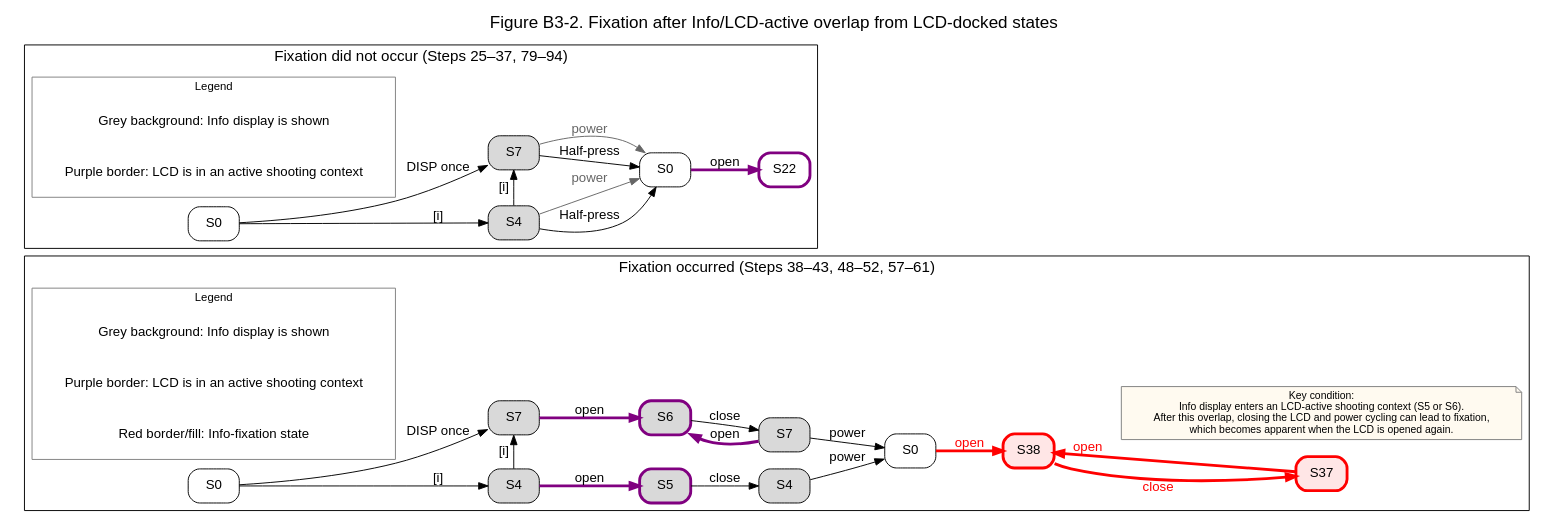
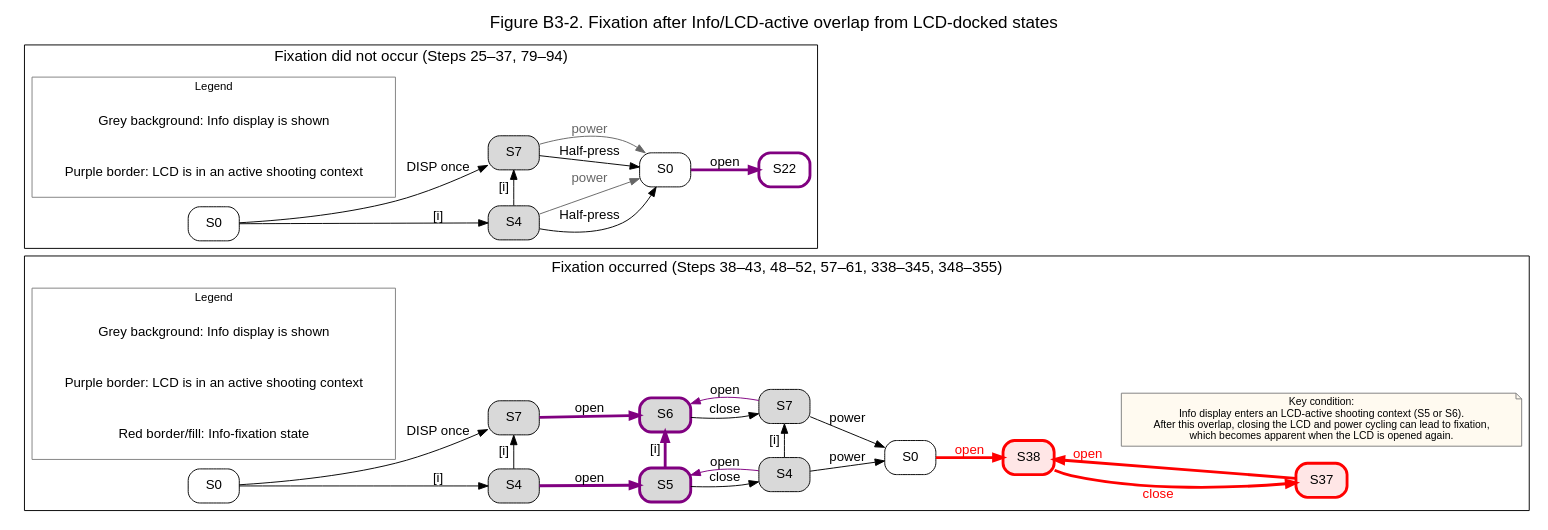
One commit to acta-lgtm/nikon-z-display5-persistence-case-zf changed the diagram in figures/Case_B3_Figure2.dot. Above: the diagram before and after it, drawn with Graphviz. The commit also changed 1 other file, not shown here.

```diff
--- a/figures/Case_B3_Figure2.dot
+++ b/figures/Case_B3_Figure2.dot
@@ -1,175 +1,178 @@
 digraph Case_B3_Figure2 {
   rankdir=LR;
   compound=true;
   newrank=true;
 
   graph [
     fontname="Helvetica",
     labelloc="t",
     fontsize=18,
     label="Figure B3-2. Fixation after Info/LCD-active overlap from LCD-docked states"
   ];
 
   node [
     shape=box,
     style="rounded,filled",
     fontname="Helvetica",
     fillcolor="white",
     color="black"
   ];
 
   edge [
     fontname="Helvetica"
   ];
   // --------------------------------------------------
   // Bottom: Fixation occurred
   // --------------------------------------------------
   subgraph cluster_bottom {
-    label="Fixation occurred (Steps 38–43, 48–52, 57–61)";
+    label="Fixation occurred (Steps 38–43, 48–52, 57–61, 338–345, 348–355)";
     fontsize=16;
     color="black";
 
     b_S0      [label="S0"];
     b_S4      [label="S4", fillcolor="#d9d9d9"];
     b_S7      [label="S7", fillcolor="#d9d9d9"];
 
     // Key overlap states: Info remains visible while LCD becomes shooting-active
     b_S5      [label="S5", color="purple", fillcolor="#d9d9d9", penwidth=3.0];
     b_S6      [label="S6", color="purple", fillcolor="#d9d9d9", penwidth=3.0];
 
     b_backS4  [label="S4", fillcolor="#d9d9d9"];
     b_backS7  [label="S7", fillcolor="#d9d9d9"];
     b_post0   [label="S0"];
 
     b_S38     [label="S38", color="red", fillcolor="#ffe6e6", penwidth=3.0];
     b_S37     [label="S37", color="red", fillcolor="#ffe6e6", penwidth=3.0];
 
     {rank=same; b_S4; b_S7;}
     {rank=same; b_S5; b_S6;}
     {rank=same; b_backS4; b_backS7;}
 
     // Route 1: [i] -> [i] -> open  => S6
     b_S0 -> b_S4 [label="[i]"];
     b_S4 -> b_S7 [label="[i]"];
     b_S7 -> b_S6 [label="open", color="purple", penwidth=3.0];
 
-    // Route 2: [i] -> open => S5
+    // Route 2: [i] -> open => S5 -> [i]  => S6
     b_S4 -> b_S5 [label="open", color="purple", penwidth=3.0];
+    b_S5 -> b_S6 [label="[i]", color="purple", penwidth=3.0];
 
     // Route 3: DISP once -> open => S6
     b_S0 -> b_S7 [label="DISP once"];
-    b_backS7 -> b_S6 [label="open", color="purple", penwidth=3.0];
+    b_backS7 -> b_S6 [label="open", color="purple"];
 
     // Close after the overlap states
     b_S5 -> b_backS4 [label="close"];
+    b_backS4 -> b_S5  [label="open", color="purple"];
     b_S6 -> b_backS7 [label="close"];
+    b_backS4 -> b_backS7  [label="[i]"];
 
     // Power cycle after the overlap condition
     b_backS4 -> b_post0 [label="power"];
     b_backS7 -> b_post0 [label="power"];
 
     // Fixation becomes visible when LCD is opened again
     b_post0 -> b_S38 [label="open", color="red", fontcolor="red", penwidth=3.0];
 
     // Fixed open/closed pair
     b_S38 -> b_S37 [xlabel="close", color="red", fontcolor="red", penwidth=3.0];
     b_S37 -> b_S38 [label="open", color="red", fontcolor="red", penwidth=3.0];
 
     // Note
     b_note [
       label="Key condition:\nInfo display enters an LCD-active shooting context (S5 or S6).\nAfter this overlap, closing the LCD and power cycling can lead to fixation,\nwhich becomes apparent when the LCD is opened again.",
       shape=note,
       style="filled",
       fillcolor="#fffaf0",
       color="gray50",
       fontname="Helvetica",
       fontsize=11
     ];
 
     b_S38 -> b_note [style=invis];
 
     // Legend
     subgraph cluster_legend_bottom {
       label="Legend";
       fontsize=12;
       color="gray";
 
       key_info_bottom [
         label="Grey background: Info display is shown",
         shape=plaintext
       ];
 
       key_LCD_bottom [
         label="Purple border: LCD is in an active shooting context",
         shape=plaintext
       ];
 
       key_fixed_bottom [
         label="Red border/fill: Info-fixation state",
         shape=plaintext
       ];
     }
   }
   // --------------------------------------------------
   // Top: Fixation did not occur
   // --------------------------------------------------
   subgraph cluster_top {
     label="Fixation did not occur (Steps 25–37, 79–94)";
     fontsize=16;
     color="black";
 
     t_S0    [label="S0"];
     t_S4    [label="S4", fillcolor="#d9d9d9"];
     t_S7    [label="S7", fillcolor="#d9d9d9"];
     t_post0 [label="S0"];
     t_S22   [label="S22", color="purple", penwidth=3.0];
 
     {rank=same; t_S4; t_S7;}
 
     // i-button route
     t_S0 -> t_S4 [label="[i]"];
     t_S4 -> t_S7 [label="[i]"];
 
     // DISP-once route
     t_S0 -> t_S7 [label="DISP once"];
 
     // Half-press clears the non-DP5 Info states
     t_S4 -> t_post0 [label="Half-press"];
     t_S7 -> t_post0 [label="Half-press"];
 
     // Power cycle before LCD-active overlap does not cause fixation
     t_S4 -> t_post0 [label="power", color="gray40", fontcolor="gray40"];
     t_S7 -> t_post0 [label="power", color="gray40", fontcolor="gray40"];
 
     // Reopening after such a power cycle leads to normal LCD-active shooting state
     t_post0 -> t_S22 [label="open", color="purple", penwidth=3.0];
 
     // Legend
     subgraph cluster_legend_top {
       label="Legend";
       fontsize=12;
       color="gray";
 
       key_info_top [
         label="Grey background: Info display is shown",
         shape=plaintext
       ];
 
       key_LCD_top [
         label="Purple border: LCD is in an active shooting context",
         shape=plaintext
       ];
     }
   }
 
 
 
   // --------------------------------------------------
   // Alignment between clusters
   // --------------------------------------------------
   {rank=same; t_S0; b_S0;}
   {rank=same; t_S4; b_S4;}
   {rank=same; t_S7; b_S7;}
 
   t_S0 -> b_S0 [style=invis, weight=10];
 }
```
